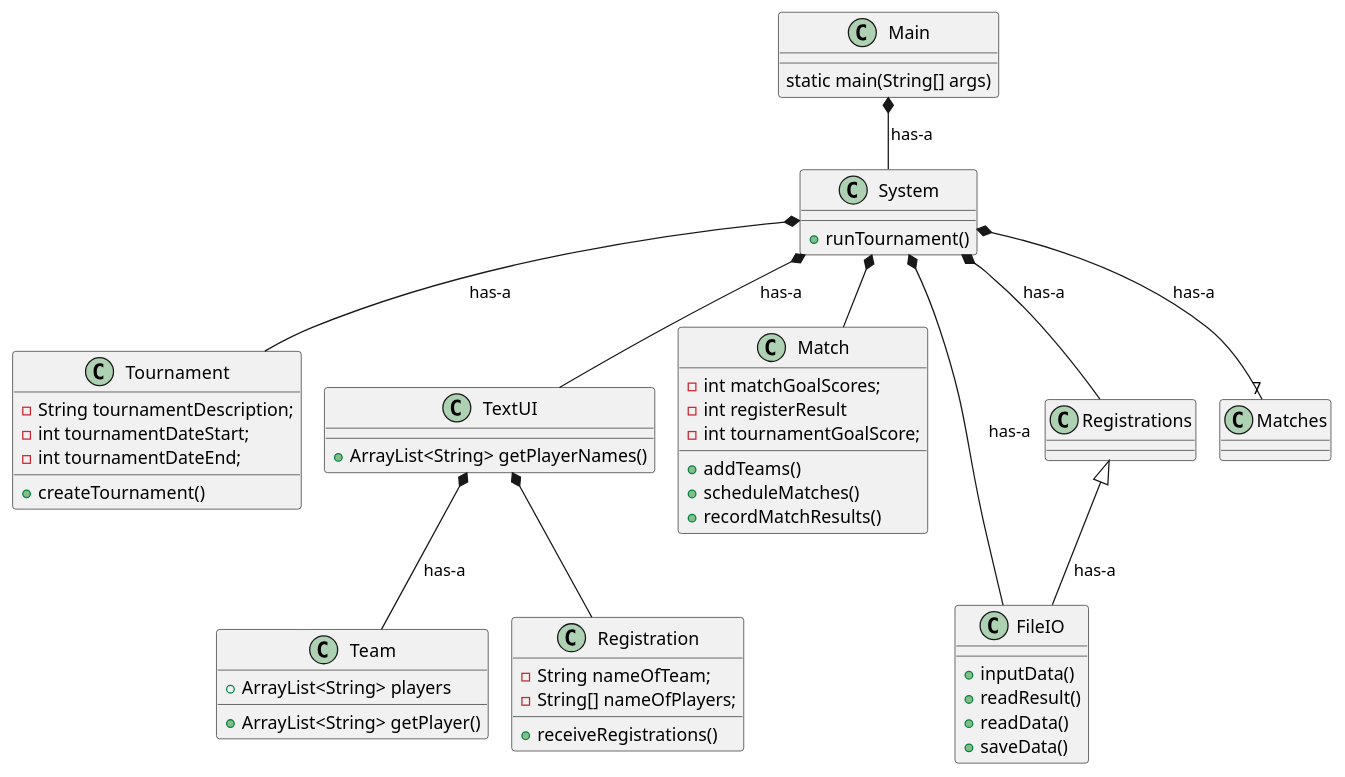
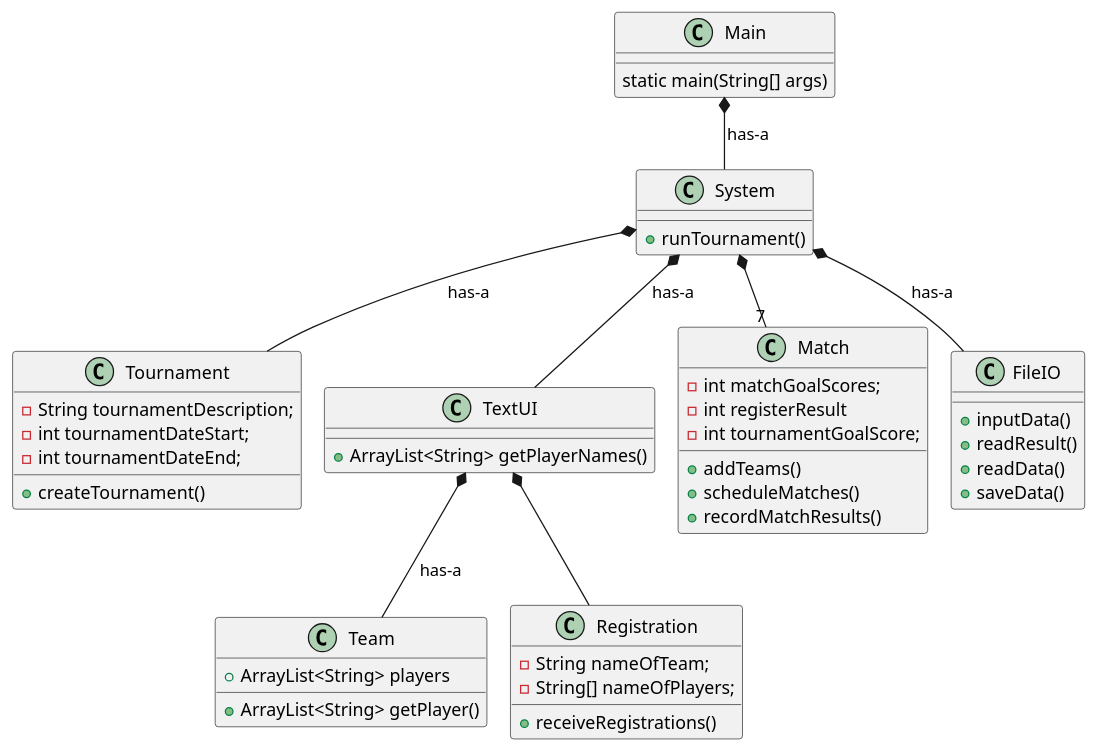
The diagram in Documentation/KlasseDiagram.puml (NikolajKaspersen/Tournament), drawn with PlantUML before and after one commit.

Commit message:
Opdateret klassediagram

```diff
--- a/Documentation/KlasseDiagram.puml
+++ b/Documentation/KlasseDiagram.puml
@@ -1,72 +1,69 @@
 @startuml
 
 !pragma layout smetana
 
 class Main
 {
 static main(String[] args)
 }
 
 class System
 {
     +runTournament()
 }
 
 class Tournament
 {
     -String tournamentDescription;
     -int tournamentDateStart;
     -int tournamentDateEnd;
 
     +createTournament()
 }
 
 class TextUI
 {
 + ArrayList<String> getPlayerNames()
 }
 
 class Team
 {
     +ArrayList<String> players
 + ArrayList<String> getPlayer()
 }
 
 class Registration
 {
     -String nameOfTeam;
     -String[] nameOfPlayers;
 
     +receiveRegistrations()
 }
 
 class Match
 {
     -int matchGoalScores;
     - int registerResult
     - int tournamentGoalScore;
 
     +addTeams()
     +scheduleMatches()
     +recordMatchResults()
 }
 
 class FileIO
 {
     +inputData()
     +readResult()
     +readData()
     +saveData()
 }
 System *-- TextUI: has-a
 TextUI *-- Team: has-a
 System *-- Tournament: has-a
-System *-- Registrations: has-a
-System *-- "7"Matches: has-a
 System *-- FileIO: has-a
-Registrations <|-- FileIO:has-a
 Main *-- System: has-a
 TextUI *-- Registration
-System *-- Match
+System *-- "7"Match
 
 @enduml
```
